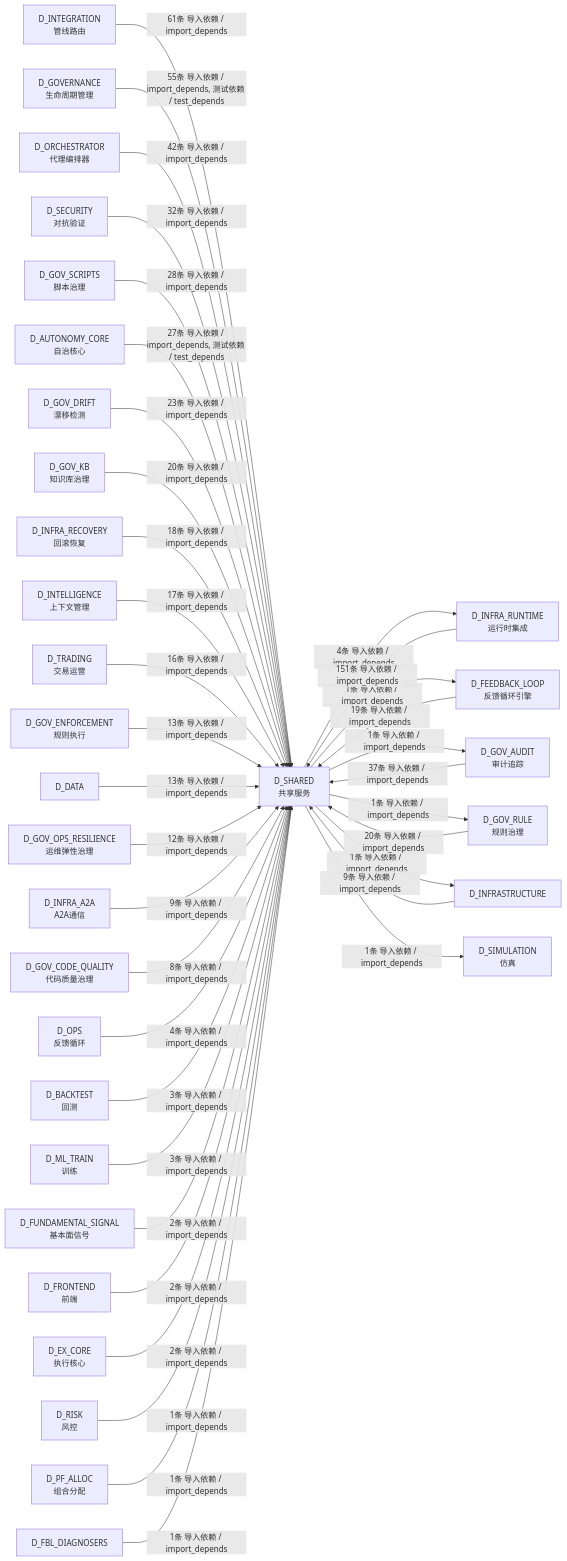
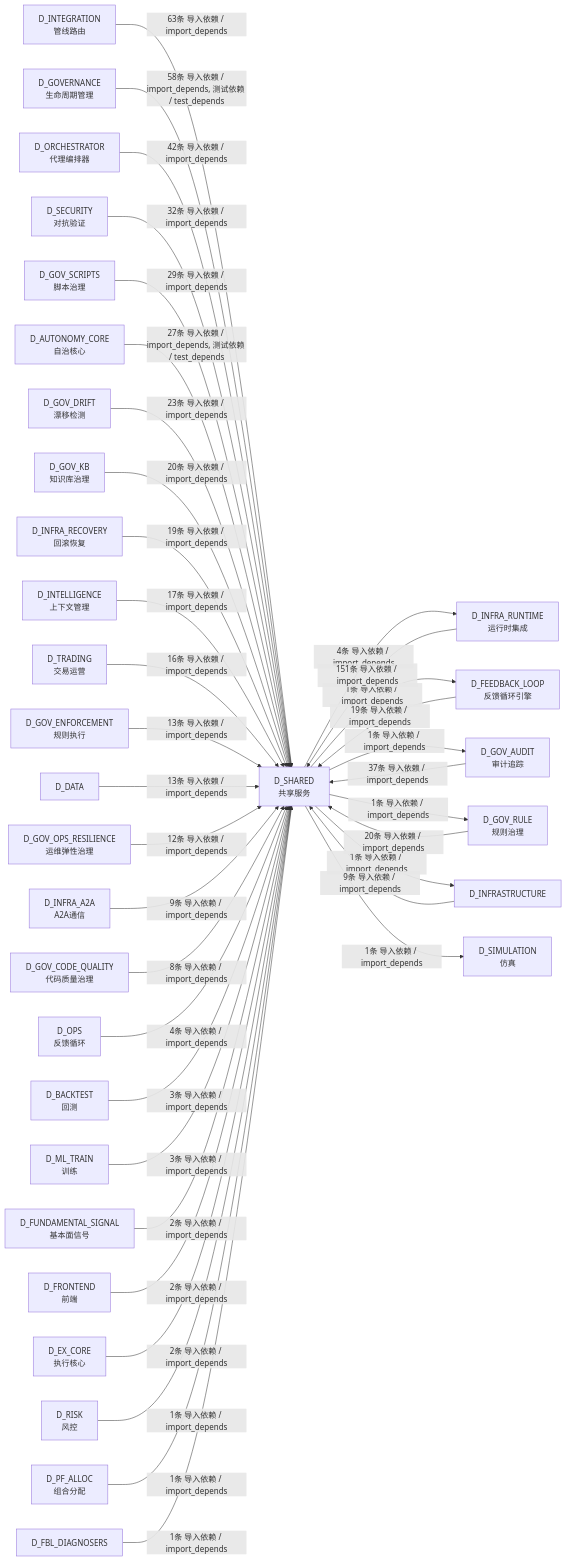
The tenth of 10 diagrams in docs/02_enterprise_architecture/02_domain_architecture_docs/26_d_shared.md (xuanFelixVan/ZephyrAlpha), drawn with Mermaid before and after one commit. The commit also changed other lines of this file and 94 other files, not shown here.

````diff
--- a/docs/02_enterprise_architecture/02_domain_architecture_docs/26_d_shared.md
+++ b/docs/02_enterprise_architecture/02_domain_architecture_docs/26_d_shared.md
@@ -1742,71 +1745,71 @@
 ```mermaid
 graph LR
     D_SHARED["D_SHARED<br/>共享服务"]
     D_INFRA_RUNTIME["D_INFRA_RUNTIME<br/>运行时集成"]
     D_FEEDBACK_LOOP["D_FEEDBACK_LOOP<br/>反馈循环引擎"]
     D_GOV_AUDIT["D_GOV_AUDIT<br/>审计追踪"]
     D_GOV_RULE["D_GOV_RULE<br/>规则治理"]
     D_INFRASTRUCTURE["D_INFRASTRUCTURE"]
     D_SIMULATION["D_SIMULATION<br/>仿真"]
     D_INTEGRATION["D_INTEGRATION<br/>管线路由"]
     D_GOVERNANCE["D_GOVERNANCE<br/>生命周期管理"]
     D_ORCHESTRATOR["D_ORCHESTRATOR<br/>代理编排器"]
     D_SECURITY["D_SECURITY<br/>对抗验证"]
     D_GOV_SCRIPTS["D_GOV_SCRIPTS<br/>脚本治理"]
     D_AUTONOMY_CORE["D_AUTONOMY_CORE<br/>自治核心"]
     D_GOV_DRIFT["D_GOV_DRIFT<br/>漂移检测"]
     D_GOV_KB["D_GOV_KB<br/>知识库治理"]
     D_INFRA_RECOVERY["D_INFRA_RECOVERY<br/>回滚恢复"]
     D_INTELLIGENCE["D_INTELLIGENCE<br/>上下文管理"]
     D_TRADING["D_TRADING<br/>交易运营"]
     D_GOV_ENFORCEMENT["D_GOV_ENFORCEMENT<br/>规则执行"]
     D_DATA["D_DATA"]
     D_GOV_OPS_RESILIENCE["D_GOV_OPS_RESILIENCE<br/>运维弹性治理"]
     D_INFRA_A2A["D_INFRA_A2A<br/>A2A通信"]
     D_GOV_CODE_QUALITY["D_GOV_CODE_QUALITY<br/>代码质量治理"]
     D_OPS["D_OPS<br/>反馈循环"]
     D_BACKTEST["D_BACKTEST<br/>回测"]
     D_ML_TRAIN["D_ML_TRAIN<br/>训练"]
     D_FUNDAMENTAL_SIGNAL["D_FUNDAMENTAL_SIGNAL<br/>基本面信号"]
     D_FRONTEND["D_FRONTEND<br/>前端"]
     D_EX_CORE["D_EX_CORE<br/>执行核心"]
     D_RISK["D_RISK<br/>风控"]
     D_PF_ALLOC["D_PF_ALLOC<br/>组合分配"]
     D_FBL_DIAGNOSERS["D_FBL_DIAGNOSERS"]
     D_SHARED -->|4条 导入依赖 / import_depends| D_INFRA_RUNTIME
     D_SHARED -->|1条 导入依赖 / import_depends| D_FEEDBACK_LOOP
     D_SHARED -->|1条 导入依赖 / import_depends| D_GOV_AUDIT
     D_SHARED -->|1条 导入依赖 / import_depends| D_GOV_RULE
     D_SHARED -->|1条 导入依赖 / import_depends| D_INFRASTRUCTURE
     D_SHARED -->|1条 导入依赖 / import_depends| D_SIMULATION
     D_INFRA_RUNTIME -->|151条 导入依赖 / import_depends| D_SHARED
-    D_INTEGRATION -->|61条 导入依赖 / import_depends| D_SHARED
-    D_GOVERNANCE -->|55条 导入依赖 / import_depends, 测试依赖 / test_depends| D_SHARED
+    D_INTEGRATION -->|63条 导入依赖 / import_depends| D_SHARED
+    D_GOVERNANCE -->|58条 导入依赖 / import_depends, 测试依赖 / test_depends| D_SHARED
     D_ORCHESTRATOR -->|42条 导入依赖 / import_depends| D_SHARED
     D_GOV_AUDIT -->|37条 导入依赖 / import_depends| D_SHARED
     D_SECURITY -->|32条 导入依赖 / import_depends| D_SHARED
-    D_GOV_SCRIPTS -->|28条 导入依赖 / import_depends| D_SHARED
+    D_GOV_SCRIPTS -->|29条 导入依赖 / import_depends| D_SHARED
     D_AUTONOMY_CORE -->|27条 导入依赖 / import_depends, 测试依赖 / test_depends| D_SHARED
     D_GOV_DRIFT -->|23条 导入依赖 / import_depends| D_SHARED
     D_GOV_RULE -->|20条 导入依赖 / import_depends| D_SHARED
     D_GOV_KB -->|20条 导入依赖 / import_depends| D_SHARED
     D_FEEDBACK_LOOP -->|19条 导入依赖 / import_depends| D_SHARED
-    D_INFRA_RECOVERY -->|18条 导入依赖 / import_depends| D_SHARED
+    D_INFRA_RECOVERY -->|19条 导入依赖 / import_depends| D_SHARED
     D_INTELLIGENCE -->|17条 导入依赖 / import_depends| D_SHARED
     D_TRADING -->|16条 导入依赖 / import_depends| D_SHARED
     D_GOV_ENFORCEMENT -->|13条 导入依赖 / import_depends| D_SHARED
     D_DATA -->|13条 导入依赖 / import_depends| D_SHARED
     D_GOV_OPS_RESILIENCE -->|12条 导入依赖 / import_depends| D_SHARED
     D_INFRASTRUCTURE -->|9条 导入依赖 / import_depends| D_SHARED
     D_INFRA_A2A -->|9条 导入依赖 / import_depends| D_SHARED
     D_GOV_CODE_QUALITY -->|8条 导入依赖 / import_depends| D_SHARED
     D_OPS -->|4条 导入依赖 / import_depends| D_SHARED
     D_BACKTEST -->|3条 导入依赖 / import_depends| D_SHARED
     D_ML_TRAIN -->|3条 导入依赖 / import_depends| D_SHARED
     D_FUNDAMENTAL_SIGNAL -->|2条 导入依赖 / import_depends| D_SHARED
     D_FRONTEND -->|2条 导入依赖 / import_depends| D_SHARED
     D_EX_CORE -->|2条 导入依赖 / import_depends| D_SHARED
     D_RISK -->|1条 导入依赖 / import_depends| D_SHARED
     D_PF_ALLOC -->|1条 导入依赖 / import_depends| D_SHARED
     D_FBL_DIAGNOSERS -->|1条 导入依赖 / import_depends| D_SHARED
 ```
````
